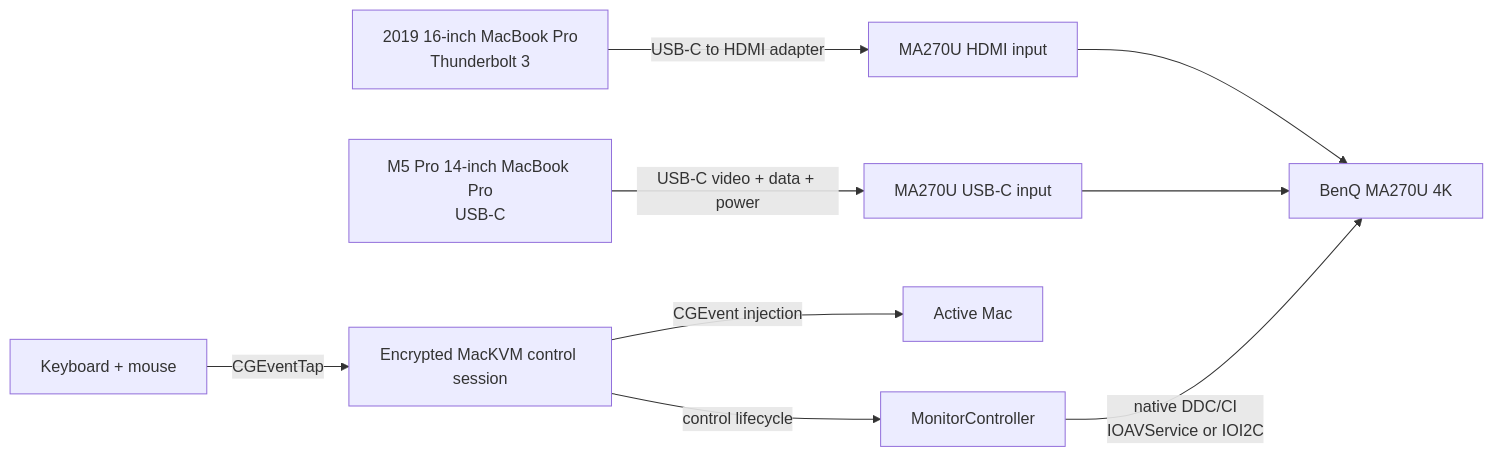
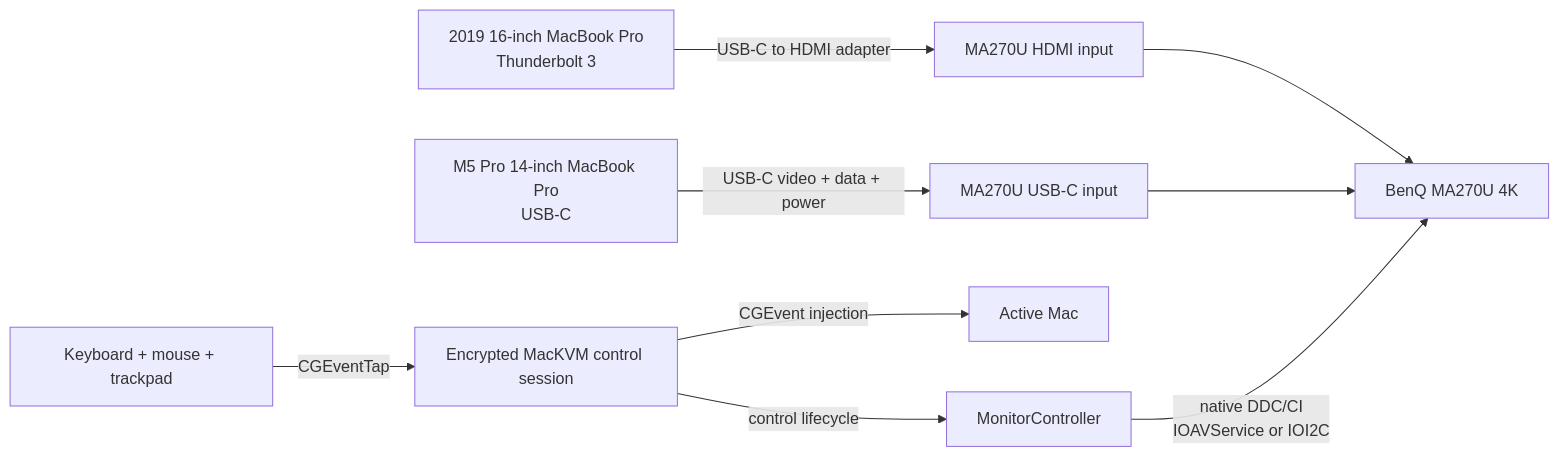
Before and after one commit to rudinyu/MacKVM: the third of 5 diagrams in ARCHITECTURE.md, drawn with Mermaid. The commit also changed other lines of this file and 36 other files, not shown here.

First line of the commit message:
fix: complete cross-Mac input sharing lifecycle (#31)

````diff
--- a/ARCHITECTURE.md
+++ b/ARCHITECTURE.md
@@ -152,11 +152,11 @@
 ```mermaid
 flowchart LR
     Intel["2019 16-inch MacBook Pro<br/>Thunderbolt 3"] -->|"USB-C to HDMI adapter"| HDMI["MA270U HDMI input"]
     Apple["M5 Pro 14-inch MacBook Pro<br/>USB-C"] -->|"USB-C video + data + power"| USBC["MA270U USB-C input"]
     HDMI --> Monitor["BenQ MA270U 4K"]
     USBC --> Monitor
-    Input["Keyboard + mouse"] -->|"CGEventTap"| Control["Encrypted MacKVM control session"]
+    Input["Keyboard + mouse + trackpad"] -->|"CGEventTap"| Control["Encrypted MacKVM control session"]
     Control -->|"CGEvent injection"| Target["Active Mac"]
     Control -->|"control lifecycle"| DDC["MonitorController"]
     DDC -->|"native DDC/CI<br/>IOAVService or IOI2C"| Monitor
 ```
````
